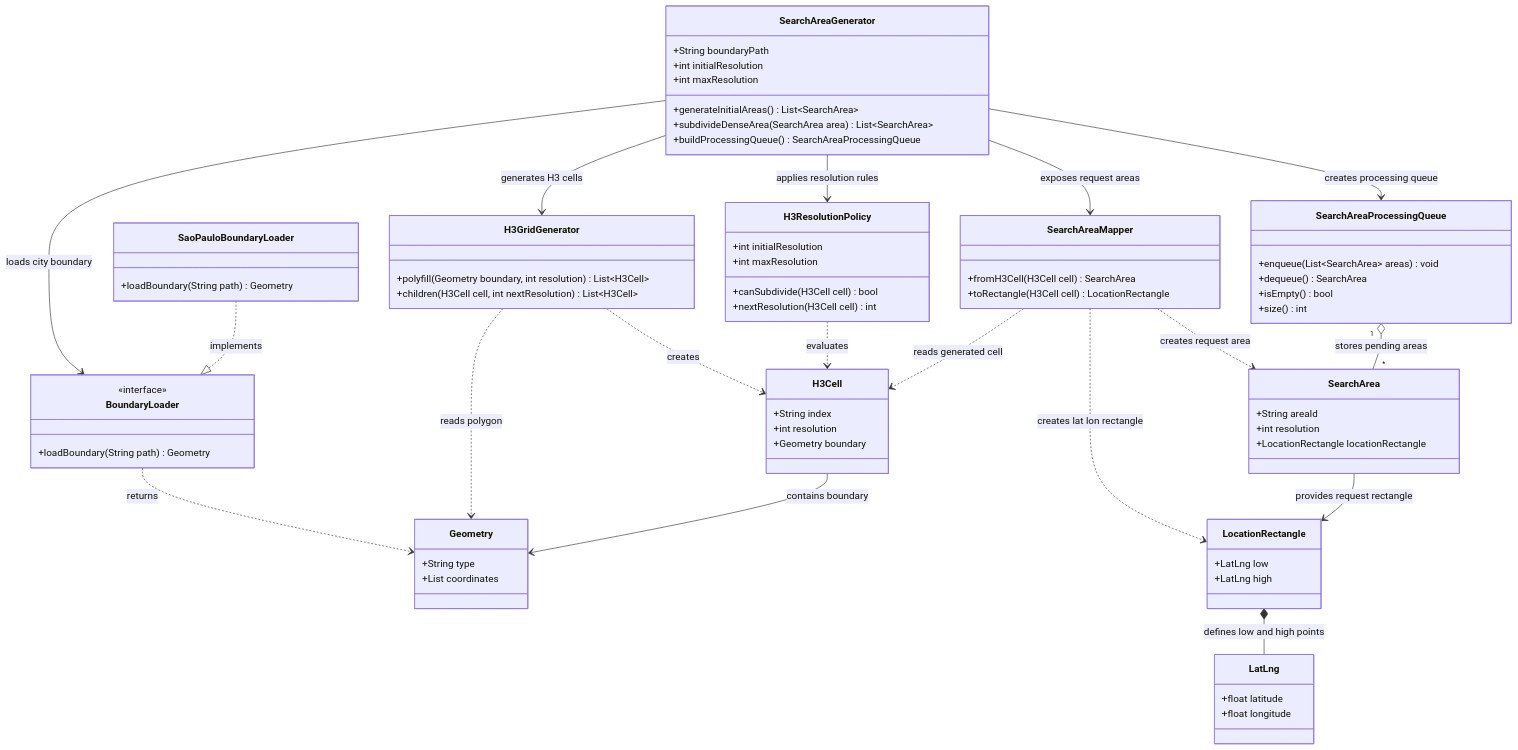
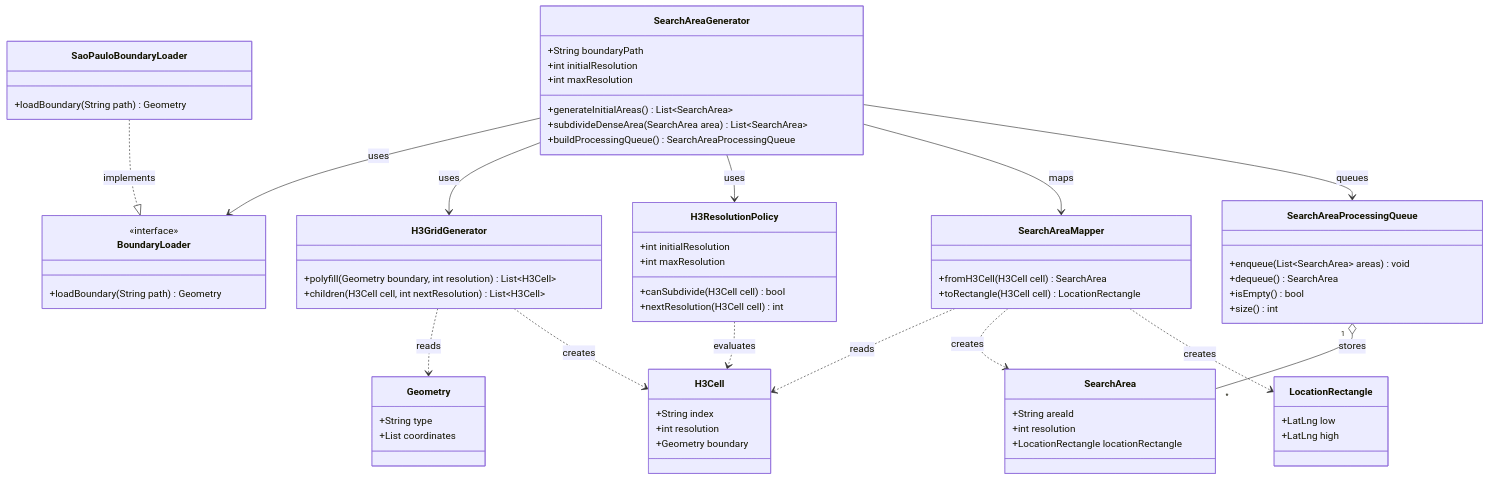
Before and after one commit to mentoria-edu/data_vet: the diagram in docs/c4/level_4_code/data_ingestion/search_area_generator.md, drawn with Mermaid. The commit also changed 4 other files, not shown here.

Commit message:
docs: simplify data ingestion level 4 diagrams

````diff
--- a/docs/c4/level_4_code/data_ingestion/search_area_generator.md
+++ b/docs/c4/level_4_code/data_ingestion/search_area_generator.md
@@ -3,5 +3,6 @@
 ```mermaid
 classDiagram
+direction TB
 
 class SearchAreaGenerator {
   +String boundaryPath
@@ -33,16 +34,16 @@
   +nextResolution(H3Cell cell) int
 }
 
+class SearchAreaMapper {
+  +fromH3Cell(H3Cell cell) SearchArea
+  +toRectangle(H3Cell cell) LocationRectangle
+}
+
 class SearchAreaProcessingQueue {
   +enqueue(List~SearchArea~ areas) void
   +dequeue() SearchArea
   +isEmpty() bool
   +size() int
-}
-
-class SearchAreaMapper {
-  +fromH3Cell(H3Cell cell) SearchArea
-  +toRectangle(H3Cell cell) LocationRectangle
 }
 
 class SearchArea {
@@ -67,27 +68,18 @@
   +LatLng high
 }
 
-class LatLng {
-  +float latitude
-  +float longitude
-}
-
-SearchAreaGenerator --> BoundaryLoader : loads city boundary
-SearchAreaGenerator --> H3GridGenerator : generates H3 cells
-SearchAreaGenerator --> H3ResolutionPolicy : applies resolution rules
-SearchAreaGenerator --> SearchAreaMapper : exposes request areas
-SearchAreaGenerator --> SearchAreaProcessingQueue : creates processing queue
+SearchAreaGenerator --> BoundaryLoader : uses
+SearchAreaGenerator --> H3GridGenerator : uses
+SearchAreaGenerator --> H3ResolutionPolicy : uses
+SearchAreaGenerator --> SearchAreaMapper : maps
+SearchAreaGenerator --> SearchAreaProcessingQueue : queues
 
 SaoPauloBoundaryLoader ..|> BoundaryLoader : implements
-BoundaryLoader ..> Geometry : returns
-H3GridGenerator ..> Geometry : reads polygon
+H3GridGenerator ..> Geometry : reads
 H3GridGenerator ..> H3Cell : creates
 H3ResolutionPolicy ..> H3Cell : evaluates
-SearchAreaMapper ..> H3Cell : reads generated cell
-SearchAreaMapper ..> SearchArea : creates request area
-SearchAreaMapper ..> LocationRectangle : creates lat lon rectangle
-SearchAreaProcessingQueue "1" o-- "*" SearchArea : stores pending areas
-SearchArea --> LocationRectangle : provides request rectangle
-LocationRectangle *-- LatLng : defines low and high points
-H3Cell --> Geometry : contains boundary
+SearchAreaMapper ..> H3Cell : reads
+SearchAreaMapper ..> SearchArea : creates
+SearchAreaMapper ..> LocationRectangle : creates
+SearchAreaProcessingQueue "1" o-- "*" SearchArea : stores
 ```
````
